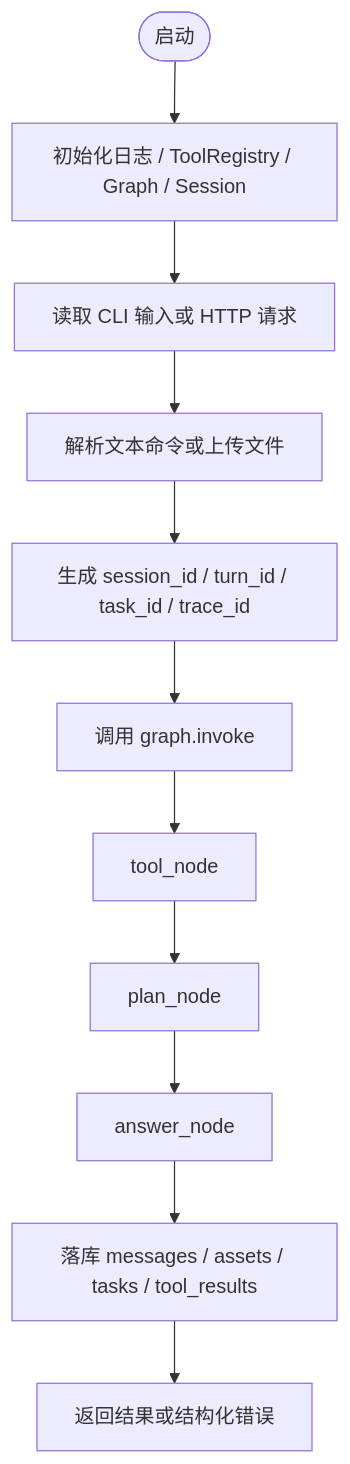
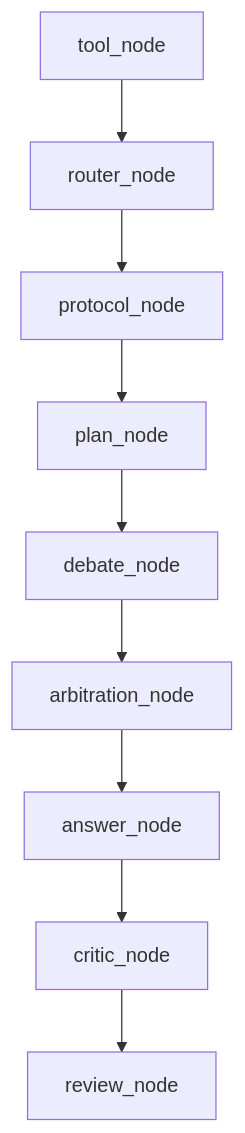
The sixth of 6 diagrams in docs/enterprise/总体设计.md (yeqiana/AgentOps), drawn with Mermaid before and after one commit. The commit also changed other lines of this file and 22 other files, not shown here.

````diff
--- a/docs/enterprise/总体设计.md
+++ b/docs/enterprise/总体设计.md
@@ -50,25 +229,11 @@
 ```mermaid
 flowchart TD
-    Start([启动])
-    Init[初始化日志 / ToolRegistry / Graph / Session]
-    ReadInput[读取 CLI 输入或 HTTP 请求]
-    Parse[解析文本命令或上传文件]
-    Prepare[生成 session_id / turn_id / task_id / trace_id]
-    InvokeGraph[调用 graph.invoke]
-    ToolNode[tool_node]
-    PlanNode[plan_node]
-    AnswerNode[answer_node]
-    Persist[落库 messages / assets / tasks / tool_results]
-    Return[返回结果或结构化错误]
-
-    Start --> Init
-    Init --> ReadInput
-    ReadInput --> Parse
-    Parse --> Prepare
-    Prepare --> InvokeGraph
-    InvokeGraph --> ToolNode
-    ToolNode --> PlanNode
-    PlanNode --> AnswerNode
-    AnswerNode --> Persist
-    Persist --> Return
+    A[tool_node] --> B[router_node]
+    B --> C[protocol_node]
+    C --> D[plan_node]
+    D --> E[debate_node]
+    E --> F[arbitration_node]
+    F --> G[answer_node]
+    G --> H[critic_node]
+    H --> I[review_node]
 ```
````
